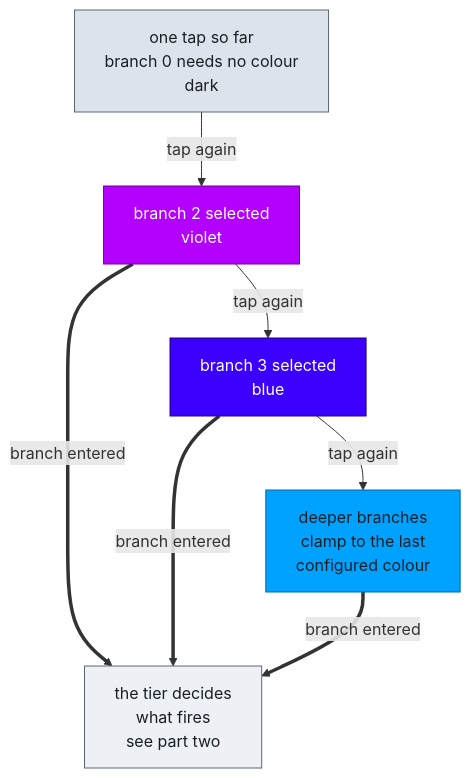
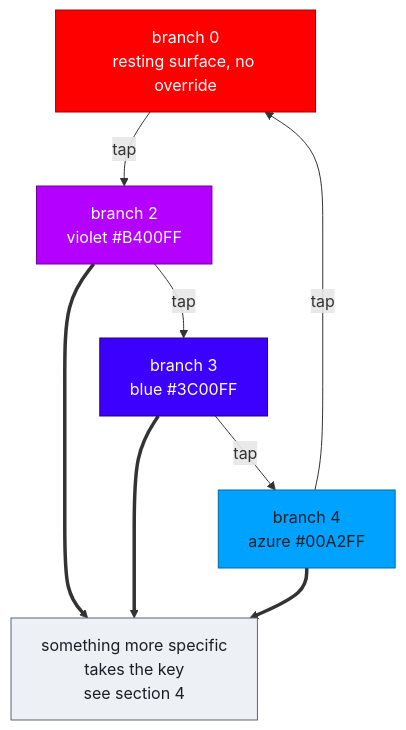
One commit to NoahCLR/charybdis-4x6 changed the second of 5 diagrams in docs/rgbflow.md. Above: the diagram before and after it, drawn with Mermaid. The commit also changed other lines of this file and 1 other file, not shown here.

````diff
--- a/docs/rgbflow.md
+++ b/docs/rgbflow.md
@@ -21,17 +82,18 @@
 ```mermaid
 flowchart TD
-    BASE["one tap so far<br>branch 0 needs no colour<br>dark"]
-    BASE -->|"tap again"| B2["branch 2 selected<br>violet"]
-    B2 -->|"tap again"| B3["branch 3 selected<br>blue"]
-    B3 -->|"tap again"| BN["deeper branches<br>clamp to the last<br>configured colour"]
+    B0["branch 0<br>resting surface, no override"]
+    B0 -->|"tap"| B2["branch 2<br>violet #B400FF"]
+    B2 -->|"tap"| B3["branch 3<br>blue #3C00FF"]
+    B3 -->|"tap"| B4["branch 4<br>azure #00A2FF"]
+    B4 -->|"tap"| B0
 
-    B2 ==>|"branch entered"| ACT["the tier decides<br>what fires<br>see part two"]
-    B3 ==>|"branch entered"| ACT
-    BN ==>|"branch entered"| ACT
+    B2 ==> H["something more specific<br>takes the key<br>see section 4"]
+    B3 ==> H
+    B4 ==> H
 
-    style BASE fill:#DDE3EA,stroke:#5A6673,color:#1A1F26
+    style B0 fill:#FF0000,stroke:#A30000,color:#FFFFFF
     style B2 fill:#B400FF,stroke:#6E0099,color:#FFFFFF
     style B3 fill:#3C00FF,stroke:#28006E,color:#FFFFFF
-    style BN fill:#00A2FF,stroke:#0069A6,color:#1A1F26
-    style ACT fill:#EDF0F4,stroke:#5A6673,color:#1A1F26
+    style B4 fill:#00A2FF,stroke:#0069A6,color:#1A1F26
+    style H fill:#EDF0F4,stroke:#5A6673,color:#1A1F26
 ```
````
